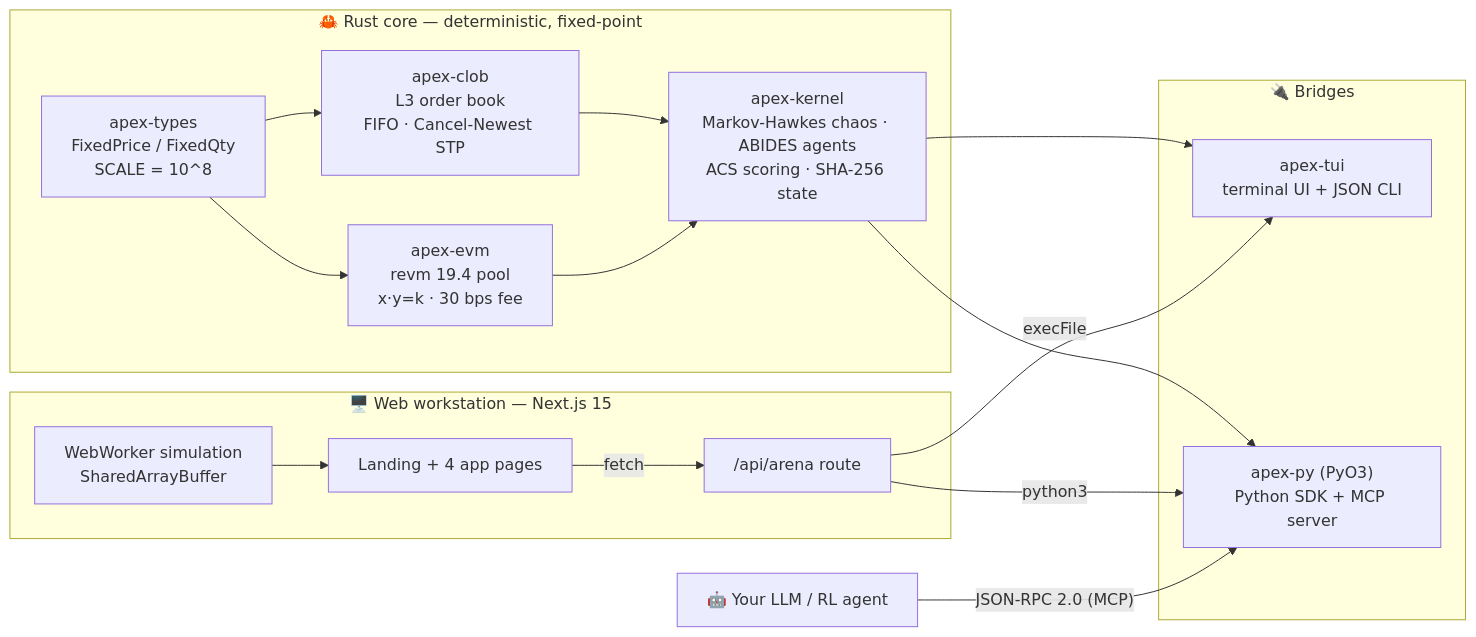
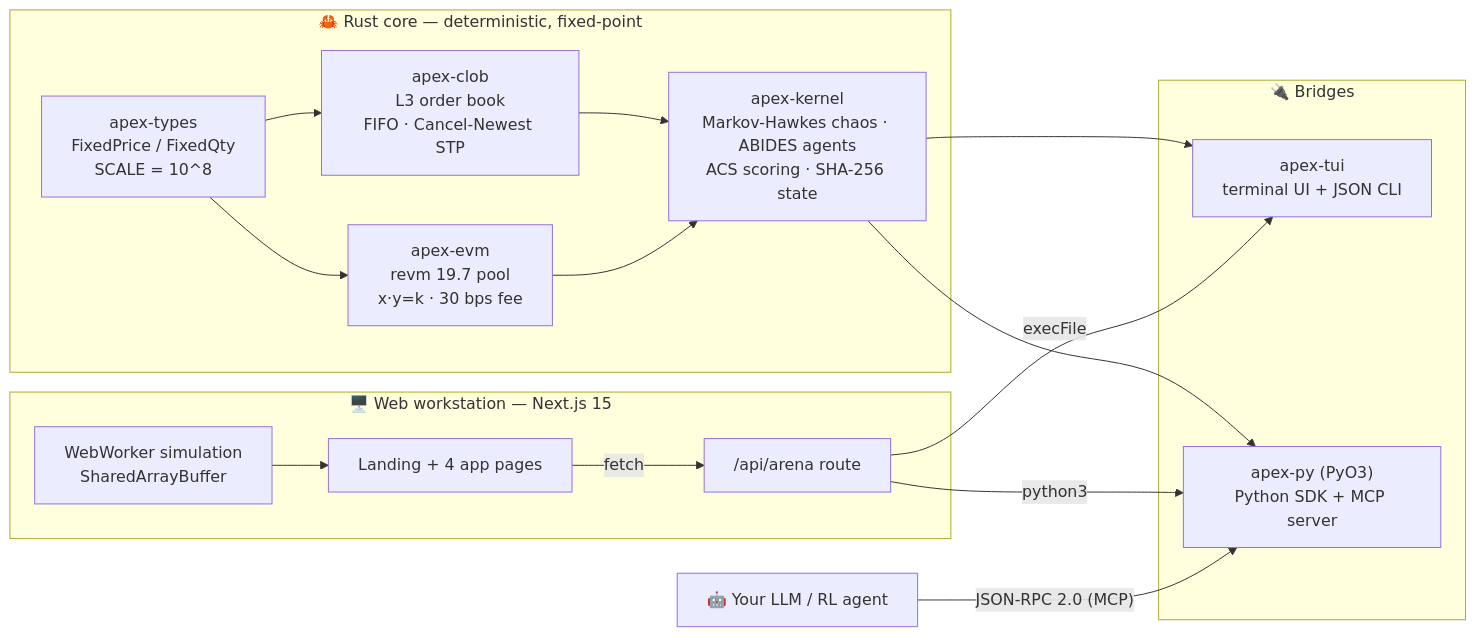
One commit to priyanshu-mishra/Apex-Arena changed the first of 2 diagrams in README.md. Above: the diagram before and after it, drawn with Mermaid. The commit also changed other lines of this file, not shown here.

````diff
--- a/README.md
+++ b/README.md
@@ -66,26 +66,26 @@
 ```mermaid
 flowchart LR
     subgraph CORE["🦀 Rust core — deterministic, fixed-point"]
         T["apex-types<br/>FixedPrice / FixedQty<br/>SCALE = 10^8"]
         C["apex-clob<br/>L3 order book<br/>FIFO · Cancel-Newest STP"]
-        E["apex-evm<br/>revm 19.4 pool<br/>x·y=k · 30 bps fee"]
+        E["apex-evm<br/>revm 19.7 pool<br/>x·y=k · 30 bps fee"]
         K["apex-kernel<br/>Markov-Hawkes chaos · ABIDES agents<br/>ACS scoring · SHA-256 state"]
         T --> C & E
         C & E --> K
     end
     subgraph BRIDGES["🔌 Bridges"]
         TUI["apex-tui<br/>terminal UI + JSON CLI"]
         PY["apex-py (PyO3)<br/>Python SDK + MCP server"]
     end
     subgraph WEB["🖥️ Web workstation — Next.js 15"]
         API["/api/arena route"]
         W["WebWorker simulation<br/>SharedArrayBuffer"]
         UI["Landing + 4 app pages"]
     end
     K --> TUI & PY
     API -- execFile --> TUI
     API -- python3 --> PY
     W --> UI
     UI -- fetch --> API
     LLM["🤖 Your LLM / RL agent"] -- "JSON-RPC 2.0 (MCP)" --> PY
 ```
````
